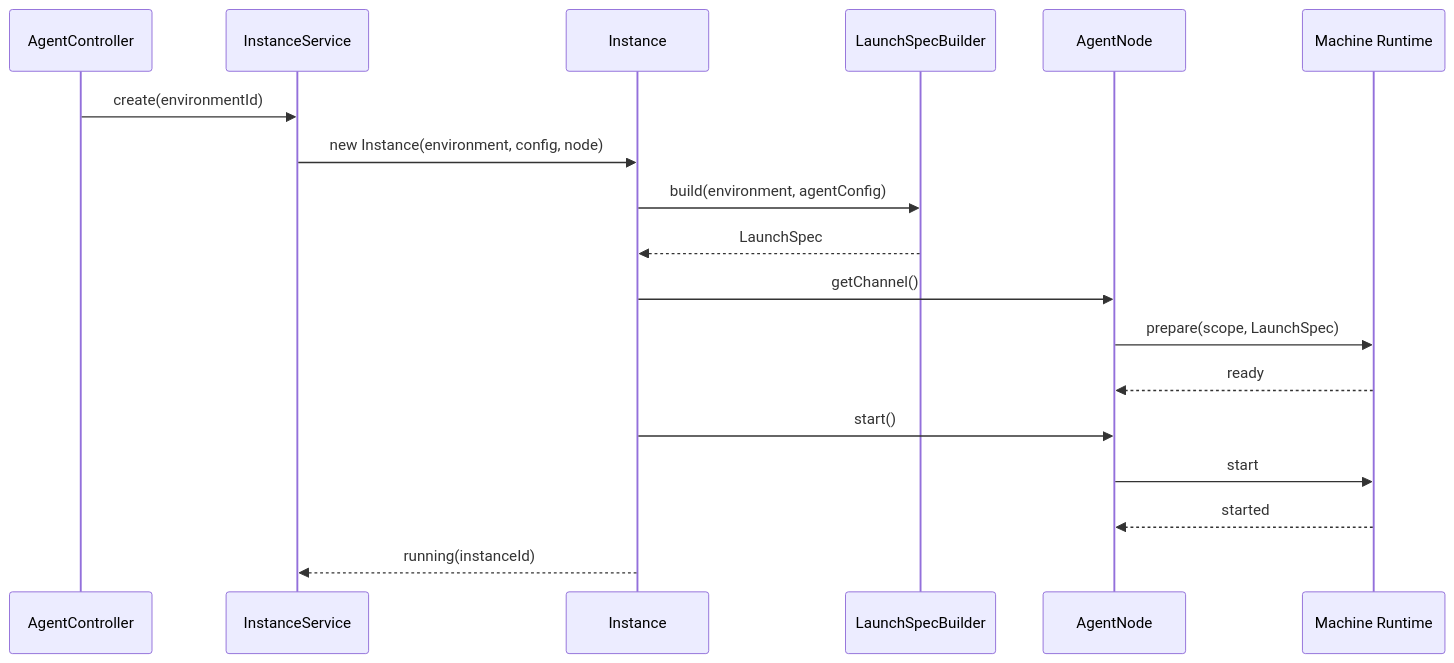
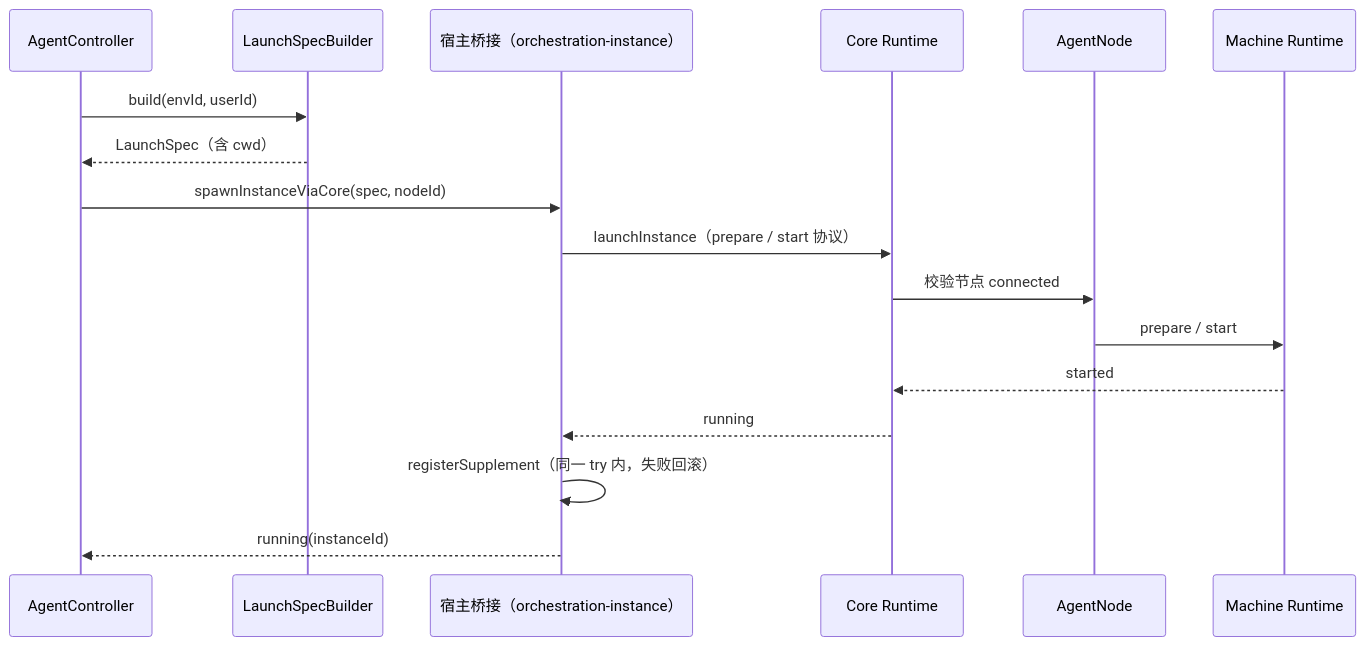
Before and after one commit to HuangPuStar/FenixAgent: the fourth of 5 diagrams in docs/arch/20-orchestration-management.md, drawn with Mermaid. The commit also changed other lines of this file and 1 other file, not shown here.

````diff
--- a/docs/arch/20-orchestration-management.md
+++ b/docs/arch/20-orchestration-management.md
@@ -170,21 +171,20 @@
 ```mermaid
 sequenceDiagram
     participant C as AgentController
-    participant IS as InstanceService
-    participant I as Instance
     participant B as LaunchSpecBuilder
+    participant H as 宿主桥接（orchestration-instance）
+    participant K as Core Runtime
     participant N as AgentNode
     participant M as Machine Runtime
 
-    C->>IS: create(environmentId)
-    IS->>I: new Instance(environment, config, node)
-    I->>B: build(environment, agentConfig)
-    B-->>I: LaunchSpec
-    I->>N: getChannel()
-    N->>M: prepare(scope, LaunchSpec)
-    M-->>N: ready
-    I->>N: start()
-    N->>M: start
-    M-->>N: started
-    I-->>IS: running(instanceId)
+    C->>B: build(envId, userId)
+    B-->>C: LaunchSpec（含 cwd）
+    C->>H: spawnInstanceViaCore(spec, nodeId)
+    H->>K: launchInstance（prepare / start 协议）
+    K->>N: 校验节点 connected
+    N->>M: prepare / start
+    M-->>K: started
+    K-->>H: running
+    H->>H: registerSupplement（同一 try 内，失败回滚）
+    H-->>C: running(instanceId)
 ```
````
